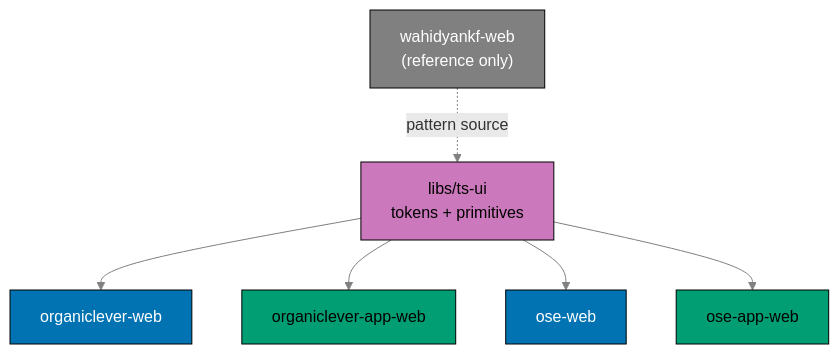
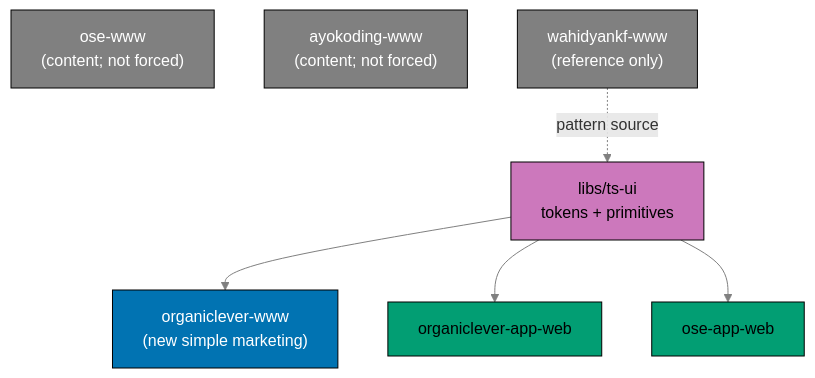
Before and after one commit to wahidyankf/baseerah: the second of 2 diagrams in plans/in-progress/restructure-fsharp-be-and-web-app-tiers/tech-docs.md, drawn with Mermaid. The commit also changed other lines of this file and 2 other files, not shown here.

First line of the commit message:
docs(plans): update restructure plan frontmatter + content for generic -be + -www renames

````diff
--- a/plans/in-progress/restructure-fsharp-be-and-web-app-tiers/tech-docs.md
+++ b/plans/in-progress/restructure-fsharp-be-and-web-app-tiers/tech-docs.md
@@ -267,24 +368,25 @@
 ```mermaid
 %% Color-blind-friendly palette: blue #0173B2, orange #DE8F05, green #029E73, purple #CC78BC, grey #808080
 flowchart TB
   UI["libs/ts-ui<br/>tokens + primitives"]
-  OLW["organiclever-web"]
+  OLW["organiclever-www<br/>(new simple marketing)"]
   OLA["organiclever-app-web"]
-  OW["ose-web"]
   OAW["ose-app-web"]
-  WKF["wahidyankf-web<br/>(reference only)"]
+  OW["ose-www<br/>(content; not forced)"]
+  AKW["ayokoding-www<br/>(content; not forced)"]
+  WKF["wahidyankf-www<br/>(reference only)"]
 
   UI --> OLW
   UI --> OLA
-  UI --> OW
   UI --> OAW
   WKF -.pattern source.-> UI
 
   linkStyle default stroke:#808080,stroke-width:1px
   style UI fill:#CC78BC,stroke:#000000,color:#000000
   style OLW fill:#0173B2,stroke:#000000,color:#FFFFFF
   style OLA fill:#029E73,stroke:#000000,color:#000000
-  style OW fill:#0173B2,stroke:#000000,color:#FFFFFF
   style OAW fill:#029E73,stroke:#000000,color:#000000
+  style OW fill:#808080,stroke:#000000,color:#FFFFFF
+  style AKW fill:#808080,stroke:#000000,color:#FFFFFF
   style WKF fill:#808080,stroke:#000000,color:#FFFFFF
 ```
````
